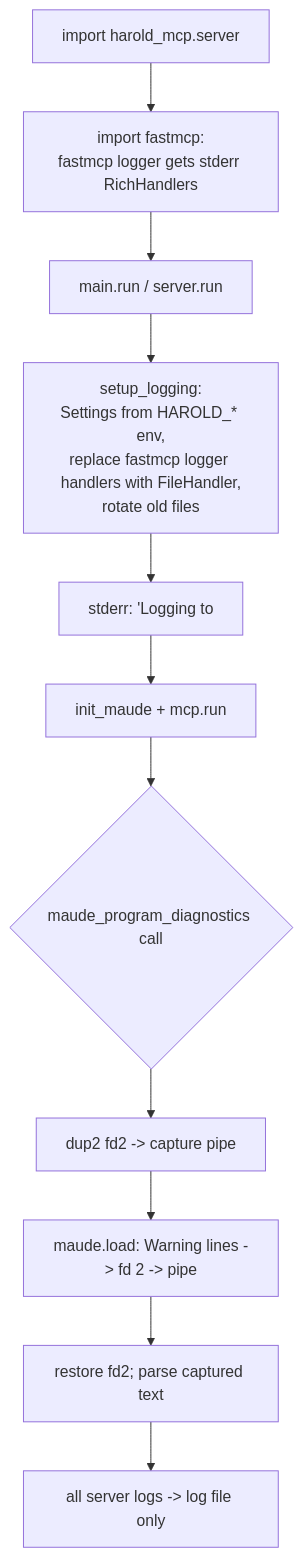
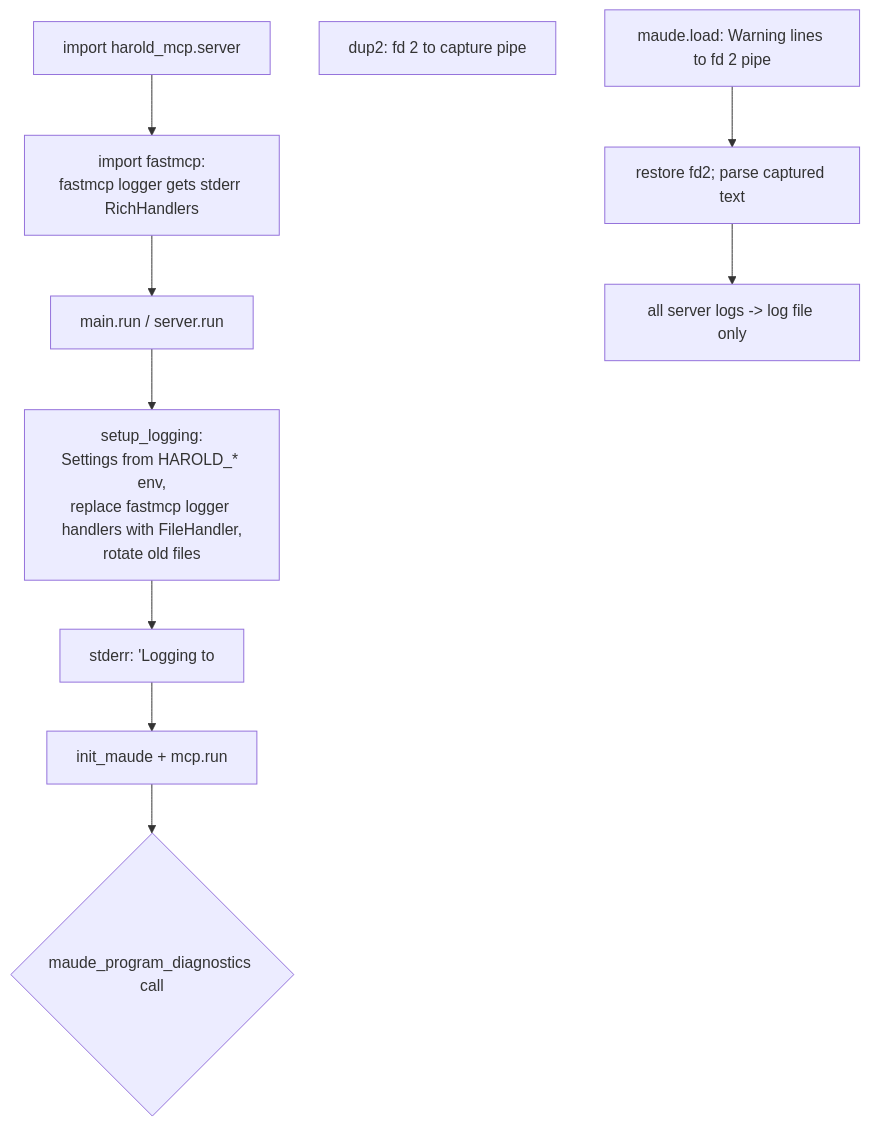
The diagram in harold-mcp/.agents/planning/maude-diagnostics-tool-v1/research/logging.md (demiourgoi/Harold), drawn with Mermaid before and after one commit. The commit also changed other lines of this file and 6 other files, not shown here.

Commit message:
fix diagrams and polish subprocess plan for maude package

````diff
--- a/harold-mcp/.agents/planning/maude-diagnostics-tool-v1/research/logging.md
+++ b/harold-mcp/.agents/planning/maude-diagnostics-tool-v1/research/logging.md
@@ -107,13 +107,13 @@
 ```mermaid
 flowchart TD
     A[import harold_mcp.server] --> B[import fastmcp:<br>fastmcp logger gets stderr RichHandlers]
     B --> C[main.run / server.run]
     C --> D[setup_logging:<br>Settings from HAROLD_* env,<br>replace fastmcp logger handlers with FileHandler,<br>rotate old files]
     D --> E[stderr: 'Logging to <path>']
     E --> F[init_maude + mcp.run]
     F --> G{maude_program_diagnostics call}
-    G --> H[dup2 fd2 -> capture pipe]
-    H --> I[maude.load: Warning lines -> fd 2 -> pipe]
+    H[dup2: fd 2 to capture pipe]
+    I[maude.load: Warning lines to fd 2 pipe]
     I --> J[restore fd2; parse captured text]
     J --> K[all server logs -> log file only]
 ```
````
